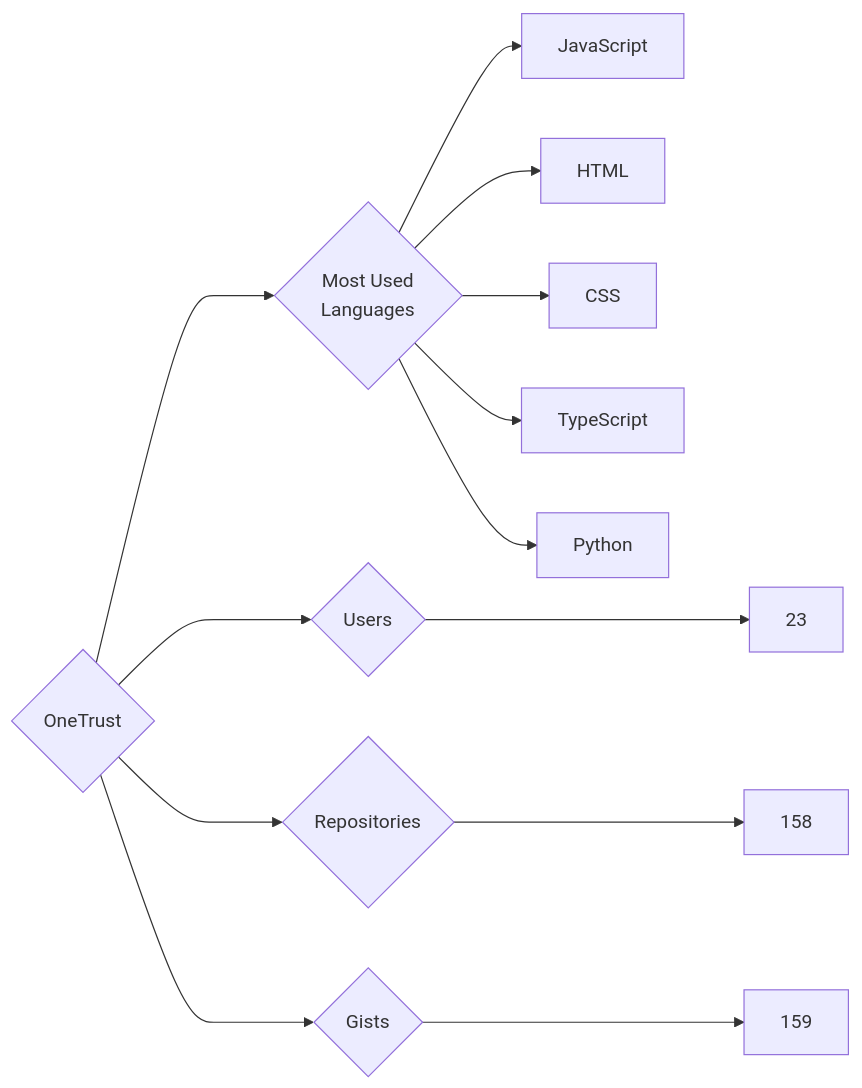
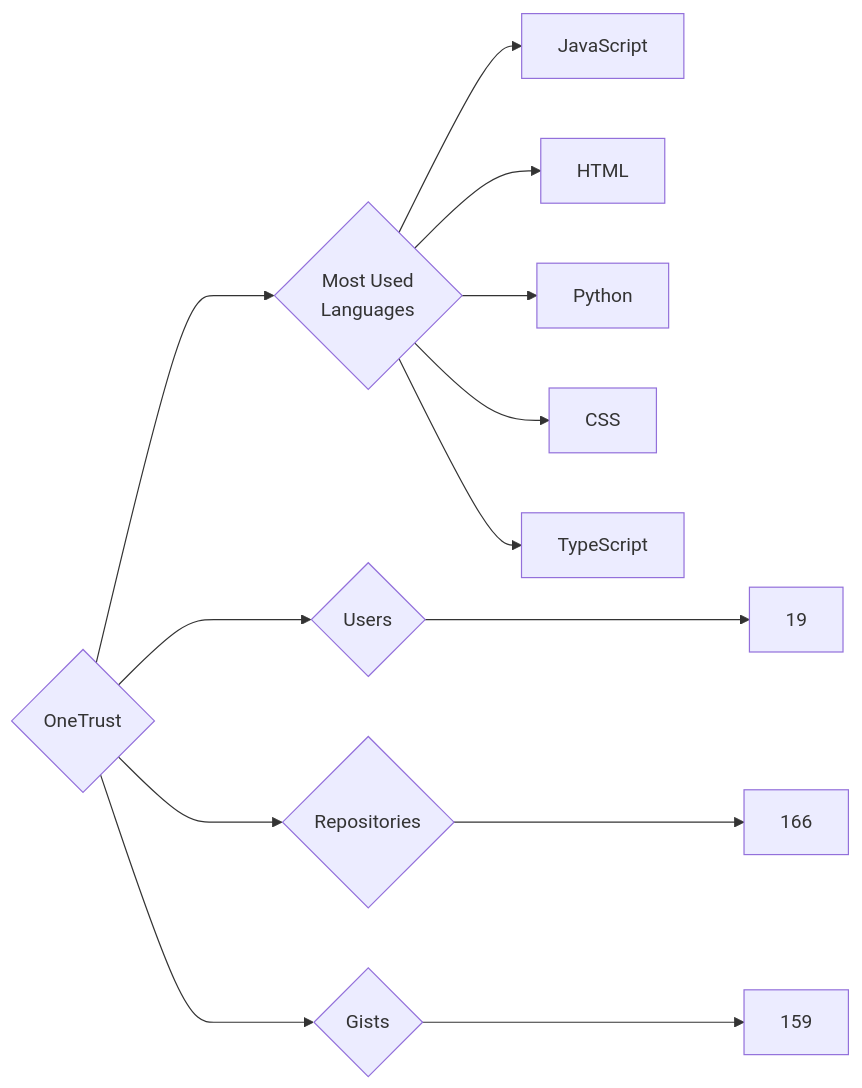
One commit to trickest/insiders changed the diagram in targets/OneTrust/README.md. Above: the diagram before and after it, drawn with Mermaid. The commit also changed 969 other files, not shown here.

````diff
--- a/targets/OneTrust/README.md
+++ b/targets/OneTrust/README.md
@@ -3,13 +3,13 @@
 ```mermaid
 graph LR
 COMPANY_NAME{OneTrust}
-COMPANY_NAME ---> U{Users} ---> UN[23]
-COMPANY_NAME ---> R{Repositories} ---> RN[158]
+COMPANY_NAME ---> U{Users} ---> UN[19]
+COMPANY_NAME ---> R{Repositories} ---> RN[166]
 COMPANY_NAME ---> G{Gists} ---> GN[159]
 COMPANY_NAME ---> ML{Most Used<br>Languages}
 ML --> JavaScript[JavaScript]
 ML --> HTML[HTML]
+ML --> Python[Python]
 ML --> CSS[CSS]
 ML --> TypeScript[TypeScript]
-ML --> Python[Python]
 ```
````
